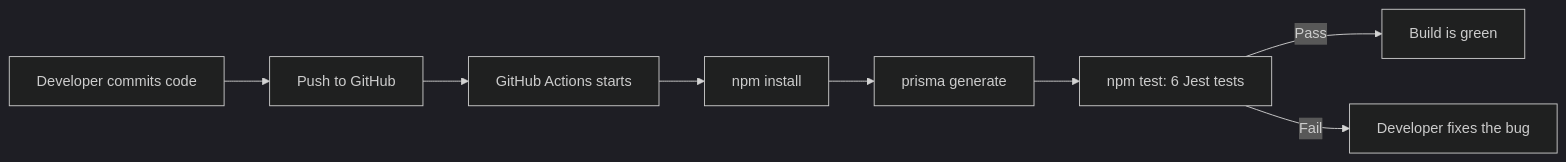
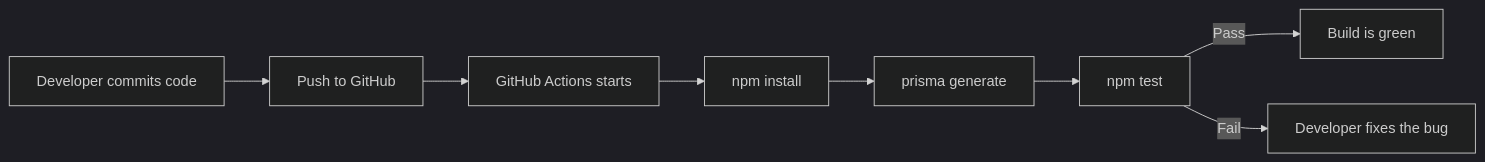
One commit to Oaklaan/Employee_Management_System changed the fourth of 4 diagrams in ARCHITECTURE.md. Above: the diagram before and after it, drawn with Mermaid (dark theme). The commit also changed other lines of this file and 7 other files, not shown here.

````diff
--- a/ARCHITECTURE.md
+++ b/ARCHITECTURE.md
@@ -193,10 +203,10 @@
 ```mermaid
 flowchart LR
     A[Developer commits code] --> B[Push to GitHub]
     B --> C[GitHub Actions starts]
     C --> D[npm install]
     D --> E[prisma generate]
-    E --> F[npm test: 6 Jest tests]
+    E --> F[npm test]
     F -- Pass --> G[Build is green]
     F -- Fail --> H[Developer fixes the bug]
 ```
````
